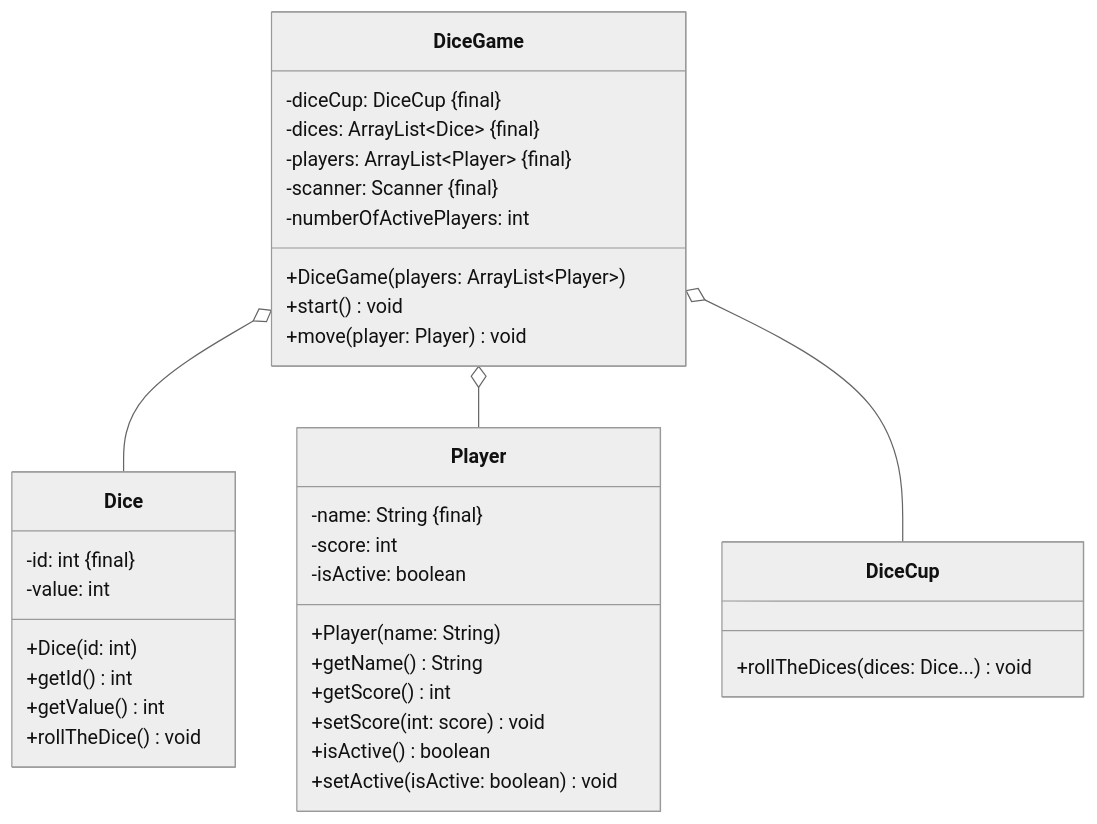
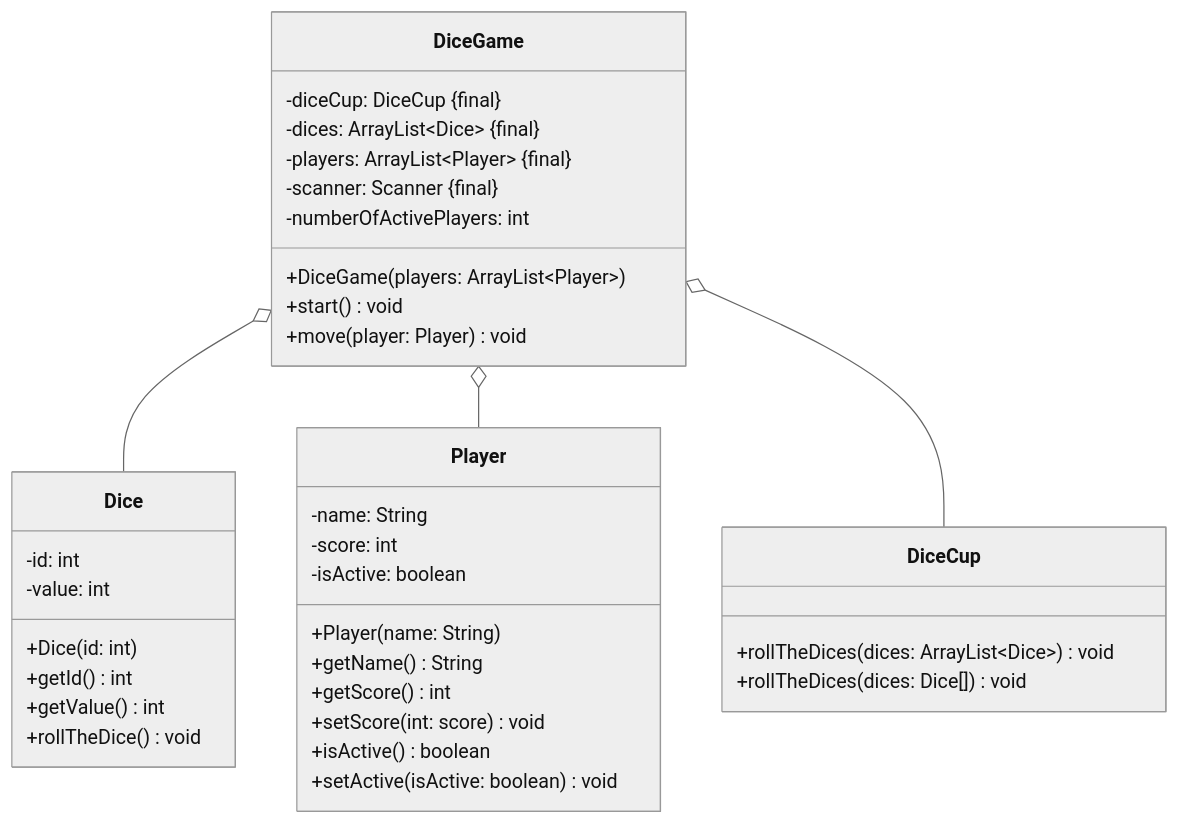
Before and after one commit to jappuccini/java-docs: the diagram in docs/exercises/class-diagrams/class-diagrams02.mdx, drawn with Mermaid (neutral theme). The commit also changed 2 other files, not shown here.

Commit message:
fix exercises

````diff
--- a/docs/exercises/class-diagrams/class-diagrams02.mdx
+++ b/docs/exercises/class-diagrams/class-diagrams02.mdx
@@ -23,42 +23,44 @@
 ```mermaid
 classDiagram
     DiceGame o-- Dice
     DiceGame o-- Player
     DiceGame o-- DiceCup
 
     class Player {
-        -name: String &#123final&#125
+        -name: String
         -score: int
         -isActive: boolean
+
         +Player(name: String)
         +getName() String
         +getScore() int
         +setScore(int: score) void
         +isActive() boolean
         +setActive(isActive: boolean) void
     }
 
     class Dice {
-        -id: int &#123final&#125
+        -id: int
         -value: int
         +Dice(id: int)
         +getId() int
         +getValue() int
         +rollTheDice() void
     }
 
     class DiceCup {
-        +rollTheDices(dices: Dice...) void
+        +rollTheDices(dices: ArrayList~Dice~) void
+        +rollTheDices(dices: Dice[]) void
     }
 
     class DiceGame {
         -diceCup: DiceCup &#123final&#125
         -dices: ArrayList~Dice~ &#123final&#125
         -players: ArrayList~Player~ &#123final&#125
         -scanner: Scanner &#123final&#125
         -numberOfActivePlayers: int
         +DiceGame(players: ArrayList~Player~)
         +start() void
         +move(player: Player) void
     }
 ```
````
